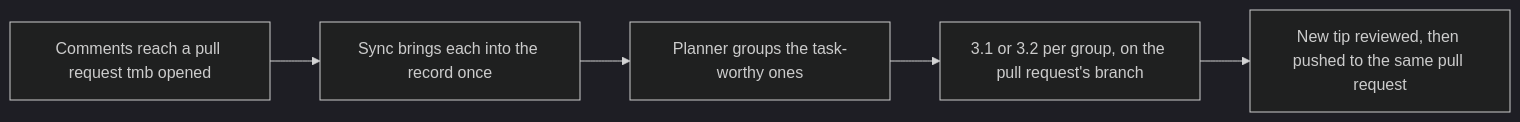
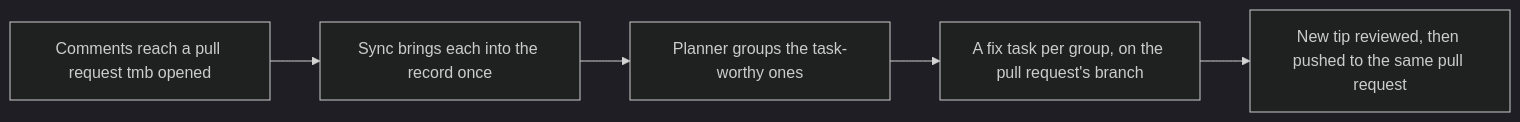
One commit to trustmybot/tmb changed the seventh of 12 diagrams in docs/flows/FLOWS.md. Above: the diagram before and after it, drawn with Mermaid (dark theme). The commit also changed other lines of this file and 6 other files, not shown here.

Commit message:
📝 docs: cut the flow list to the eleven high-level flows

````diff
--- a/docs/flows/FLOWS.md
+++ b/docs/flows/FLOWS.md
@@ -196,7 +137,7 @@
 ```mermaid
 flowchart LR
     A["Comments reach a pull request tmb opened"] --> B["Sync brings each into the record once"]
     B --> C["Planner groups the task-worthy ones"]
-    C --> D["3.1 or 3.2 per group, on the pull request's branch"]
+    C --> D["A fix task per group, on the pull request's branch"]
     D --> E["New tip reviewed, then pushed to the same pull request"]
 ```
````
